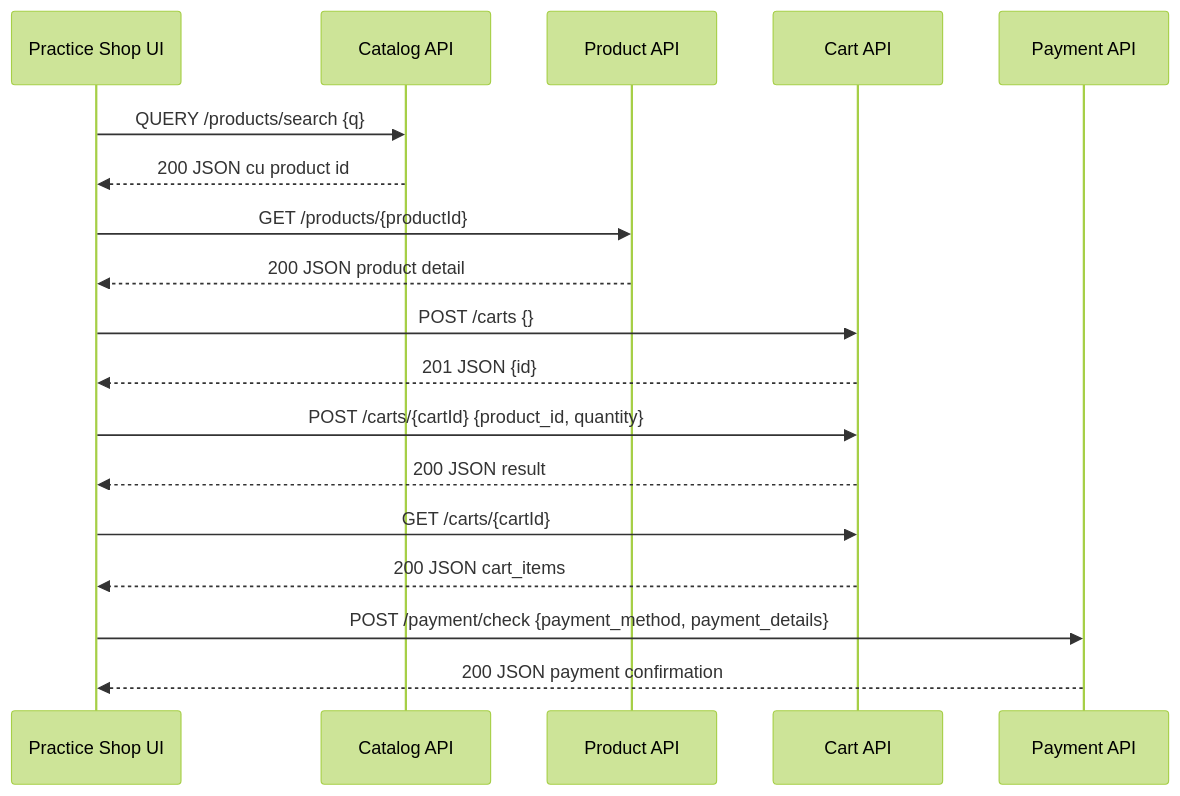
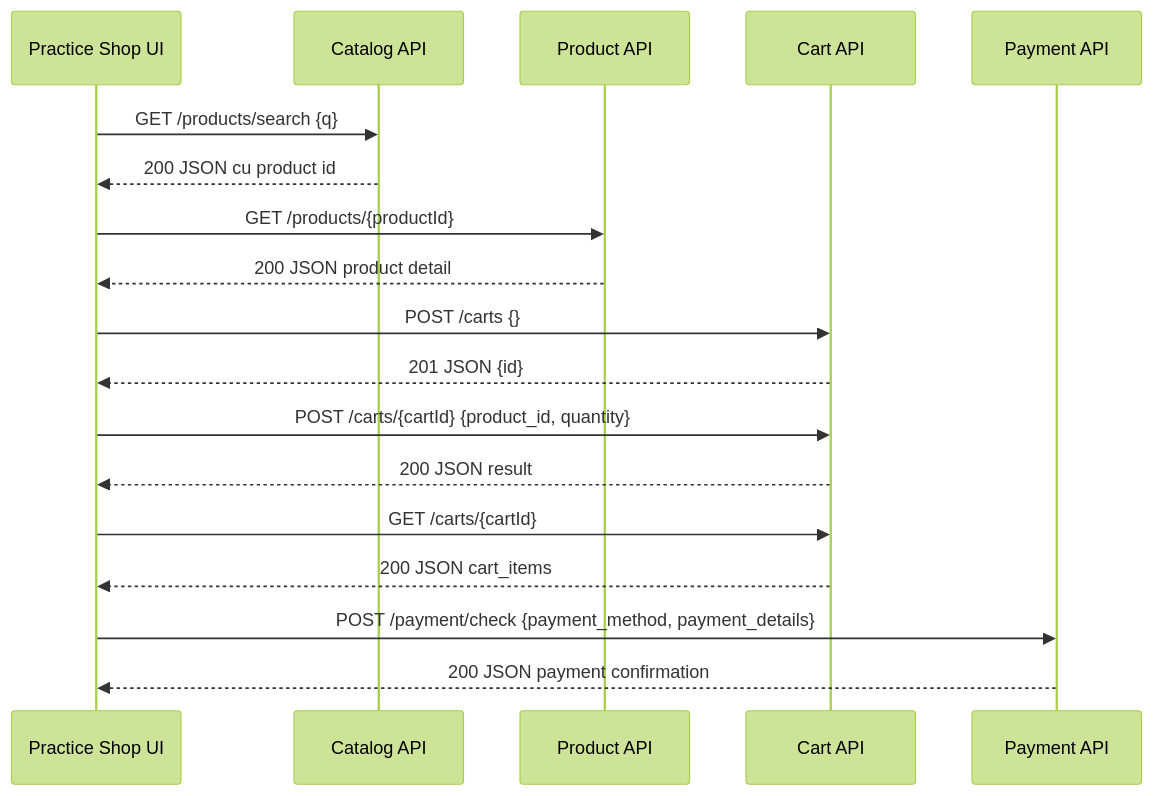
The sixth of 10 diagrams in atf-test-practice-shop/README.md (crististefanita/demo2), drawn with Mermaid (forest theme) before and after one commit. The commit also changed other lines of this file and 107 other files, not shown here.

````diff
--- a/atf-test-practice-shop/README.md
+++ b/atf-test-practice-shop/README.md
@@ -332,20 +393,20 @@
 ```mermaid
 sequenceDiagram
     participant UI as Practice Shop UI
     participant C as Catalog API
     participant P as Product API
     participant K as Cart API
     participant Pay as Payment API
-    UI->>C: QUERY /products/search {q}
+    UI->>C: GET /products/search {q}
     C-->>UI: 200 JSON cu product id
     UI->>P: GET /products/{productId}
     P-->>UI: 200 JSON product detail
     UI->>K: POST /carts {}
     K-->>UI: 201 JSON {id}
     UI->>K: POST /carts/{cartId} {product_id, quantity}
     K-->>UI: 200 JSON result
     UI->>K: GET /carts/{cartId}
     K-->>UI: 200 JSON cart_items
     UI->>Pay: POST /payment/check {payment_method, payment_details}
     Pay-->>UI: 200 JSON payment confirmation
 ```
````
